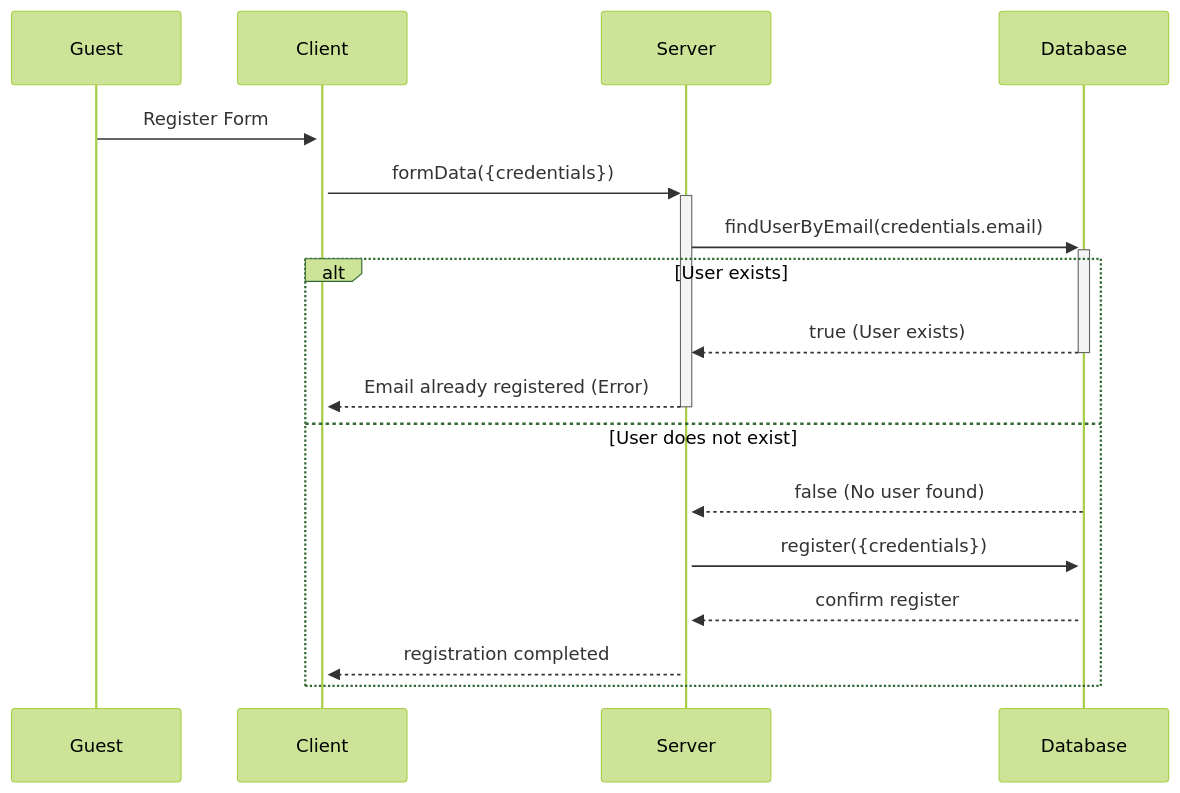
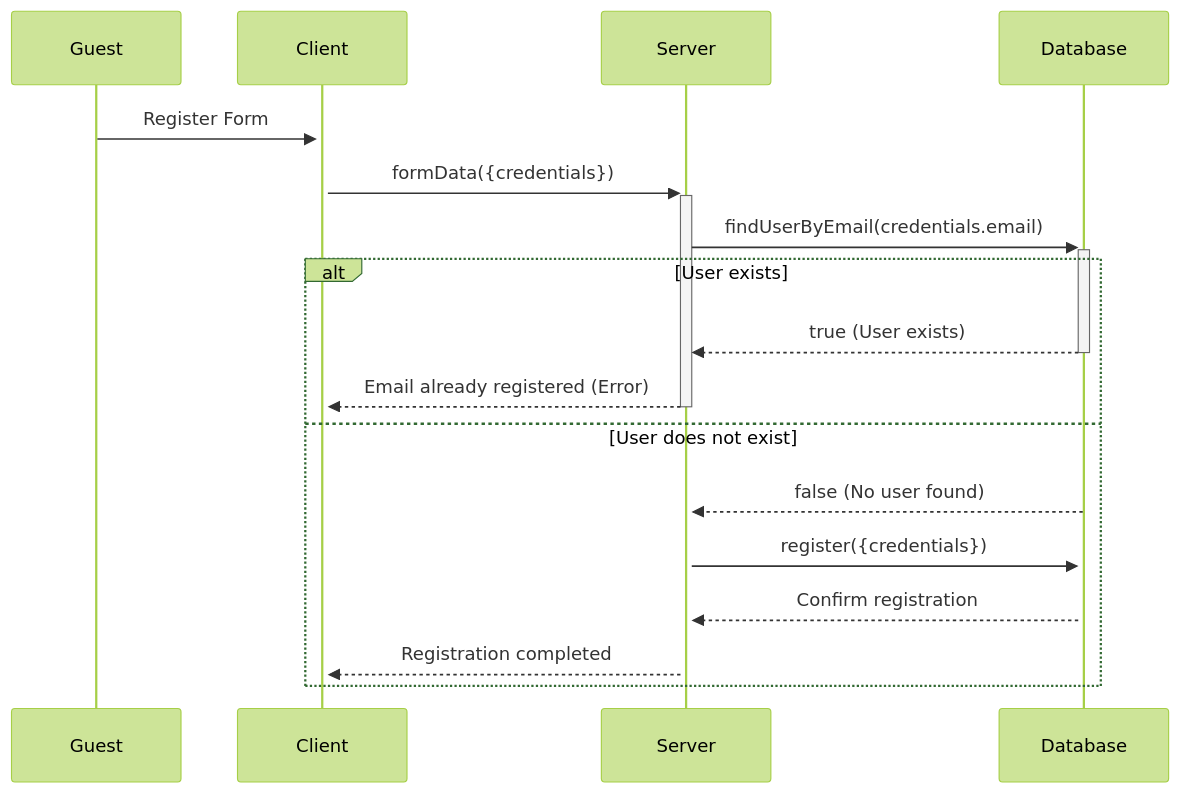
Before and after one commit to WildCodeSchool/cdajs-2405-projet-la-meute: the first of 8 diagrams in SequenceDiagrams.md, drawn with Mermaid (forest theme). The commit also changed other lines of this file and 1 other file, not shown here.

Commit message:
add CRUD Sequence on appointments

````diff
--- a/SequenceDiagrams.md
+++ b/SequenceDiagrams.md
@@ -15,21 +28,21 @@
 ```mermaid
 sequenceDiagram
     participant Guest
     participant Client
     participant Server
     participant Database
 
     Guest ->>+ Client: Register Form
     Client ->>+ Server: formData({credentials})
     
     Server ->>+ Database: findUserByEmail(credentials.email)
     alt User exists
         Database -->>- Server: true (User exists)
         Server -->>- Client: Email already registered (Error)
     else User does not exist
         Database -->>+ Server: false (No user found)
         Server ->>+ Database: register({credentials})
-        Database -->>+ Server: confirm register
-        Server -->>+ Client: registration completed
+        Database -->>+ Server: Confirm registration
+        Server -->>+ Client: Registration completed
     end
 ```
````
